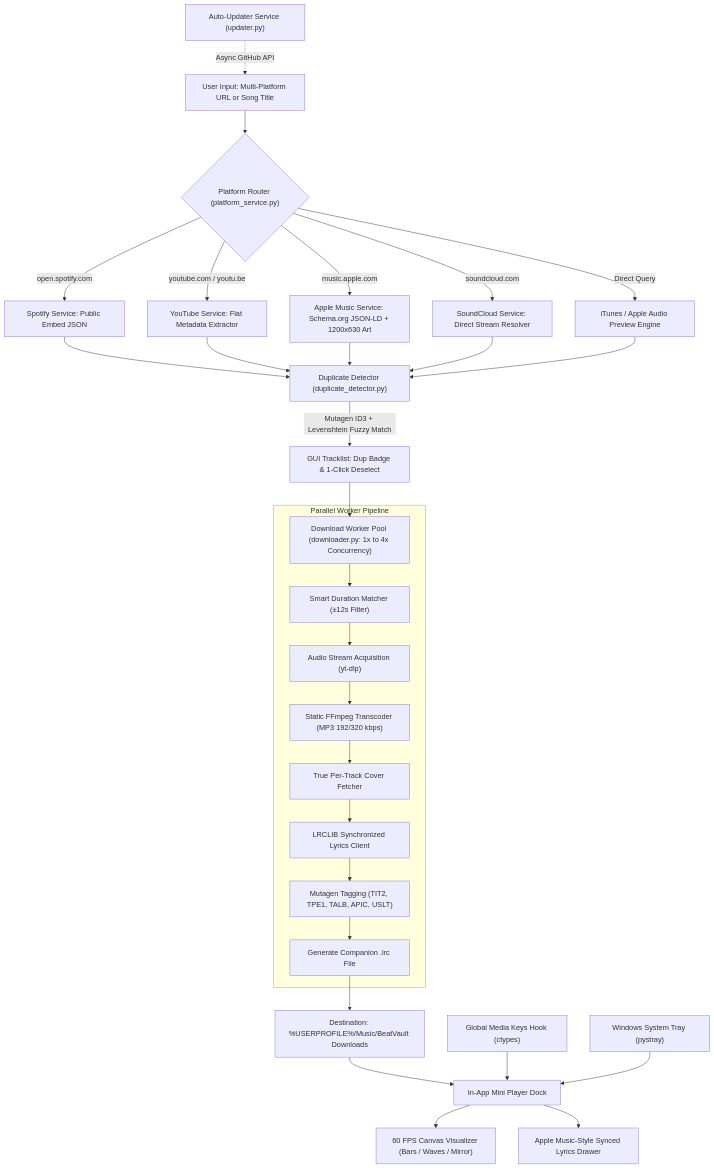
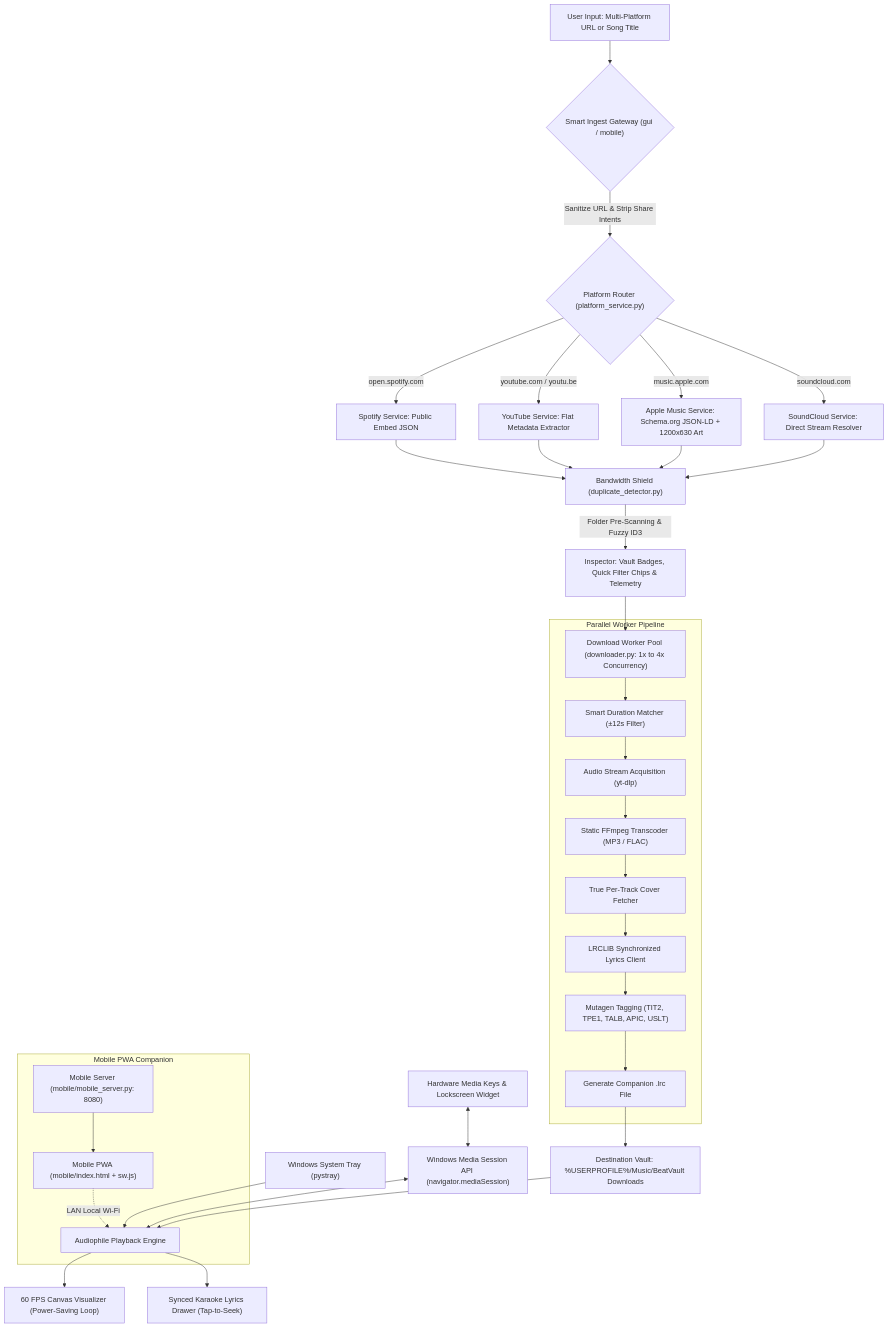
One commit to aadityashekhar321/BeatVault changed the diagram in README.md. Above: the diagram before and after it, drawn with Mermaid. The commit also changed other lines of this file, not shown here.

Commit message:
docs: elevate README for v2.5 with Obsidian Sonic GUI, 160 passing tests & mobile PWA

````diff
--- a/README.md
+++ b/README.md
@@ -237,41 +328,45 @@
 ```mermaid
 flowchart TD
-    User["User Input: Multi-Platform URL or Song Title"] --> Router{"Platform Router (platform_service.py)"}
+    User["User Input: Multi-Platform URL or Song Title"] --> Gateway{"Smart Ingest Gateway (gui / mobile)"}
+    Gateway -->|"Sanitize URL & Strip Share Intents"| Router{"Platform Router (platform_service.py)"}
     
     Router -->|"open.spotify.com"| Spotify["Spotify Service: Public Embed JSON"]
     Router -->|"youtube.com / youtu.be"| YouTube["YouTube Service: Flat Metadata Extractor"]
     Router -->|"music.apple.com"| Apple["Apple Music Service: Schema.org JSON-LD + 1200x630 Art"]
     Router -->|"soundcloud.com"| SoundCloud["SoundCloud Service: Direct Stream Resolver"]
-    Router -->|"Direct Query"| SearchAPI["iTunes / Apple Audio Preview Engine"]
     
-    Spotify --> DupScanner["Duplicate Detector (duplicate_detector.py)"]
+    Spotify --> DupScanner["Bandwidth Shield (duplicate_detector.py)"]
     YouTube --> DupScanner
     Apple --> DupScanner
     SoundCloud --> DupScanner
-    SearchAPI --> DupScanner
     
-    DupScanner -->|"Mutagen ID3 + Levenshtein Fuzzy Match"| UIPlaylist["GUI Tracklist: Dup Badge & 1-Click Deselect"]
+    DupScanner -->|"Folder Pre-Scanning & Fuzzy ID3"| UIPlaylist["Inspector: Vault Badges, Quick Filter Chips & Telemetry"]
     
     UIPlaylist --> Queue["Download Worker Pool (downloader.py: 1x to 4x Concurrency)"]
     
     subgraph Parallel Worker Pipeline
         Queue --> DurFilter["Smart Duration Matcher (±12s Filter)"]
         DurFilter --> Stream["Audio Stream Acquisition (yt-dlp)"]
-        Stream --> Transcoder["Static FFmpeg Transcoder (MP3 192/320 kbps)"]
+        Stream --> Transcoder["Static FFmpeg Transcoder (MP3 / FLAC)"]
         
         Transcoder --> CoverFetch["True Per-Track Cover Fetcher"]
         CoverFetch --> LyricsClient["LRCLIB Synchronized Lyrics Client"]
         LyricsClient --> Mutagen["Mutagen Tagging (TIT2, TPE1, TALB, APIC, USLT)"]
         Mutagen --> SidecarLRC["Generate Companion .lrc File"]
     end
     
-    SidecarLRC --> Disk["Destination: %USERPROFILE%/Music/BeatVault Downloads"]
+    SidecarLRC --> VaultDisk["Destination Vault: %USERPROFILE%/Music/BeatVault Downloads"]
     
-    Disk --> DockPlayer["In-App Mini Player Dock"]
-    DockPlayer --> Canvas["60 FPS Canvas Visualizer (Bars / Waves / Mirror)"]
-    DockPlayer --> LyricsDrawer["Apple Music-Style Synced Lyrics Drawer"]
+    VaultDisk --> AudioPlayer["Audiophile Playback Engine"]
+    AudioPlayer --> CanvasVisualizer["60 FPS Canvas Visualizer (Power-Saving Loop)"]
+    AudioPlayer --> SyncedLyrics["Synced Karaoke Lyrics Drawer (Tap-to-Seek)"]
     
-    WinHooks["Global Media Keys Hook (ctypes)"] --> DockPlayer
-    Tray["Windows System Tray (pystray)"] --> DockPlayer
-    Updater["Auto-Updater Service (updater.py)"] -.->|"Async GitHub API"| User
+    MediaSession["Windows Media Session API (navigator.mediaSession)"] <--> AudioPlayer
+    HardwareKeys["Hardware Media Keys & Lockscreen Widget"] <--> MediaSession
+    SysTray["Windows System Tray (pystray)"] --> AudioPlayer
+    
+    subgraph Mobile PWA Companion
+        MobileServer["Mobile Server (mobile/mobile_server.py: 8080)"] --> MobilePWA["Mobile PWA (mobile/index.html + sw.js)"]
+        MobilePWA -.->|"LAN Local Wi-Fi"| AudioPlayer
+    end
 ```
````
